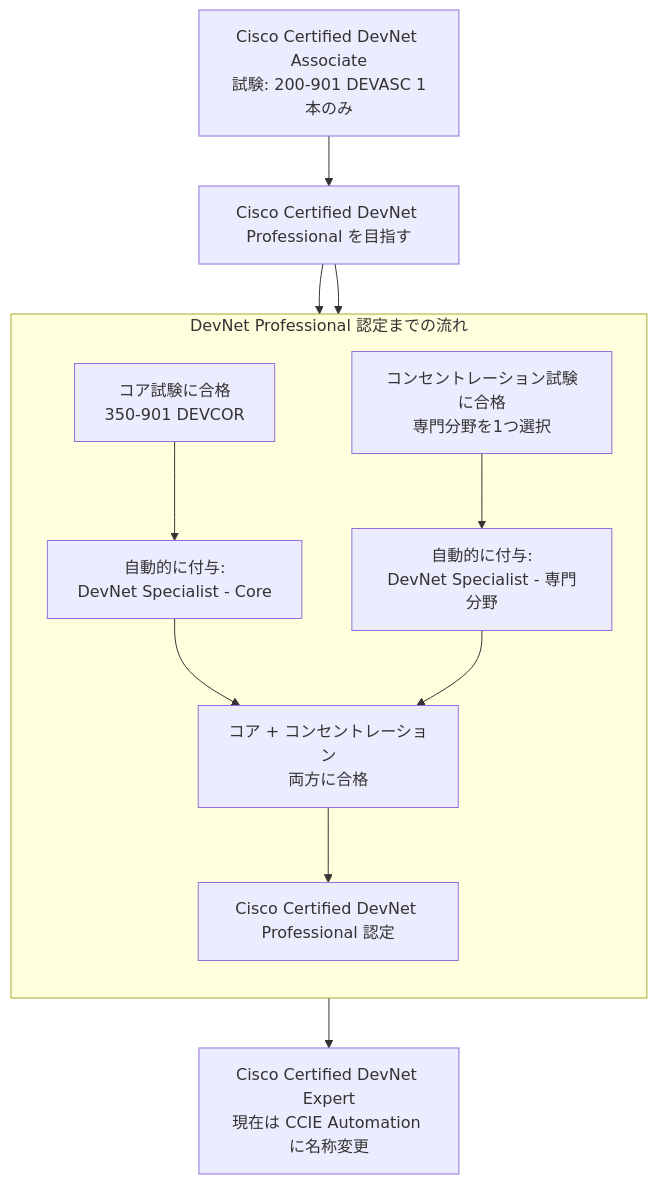
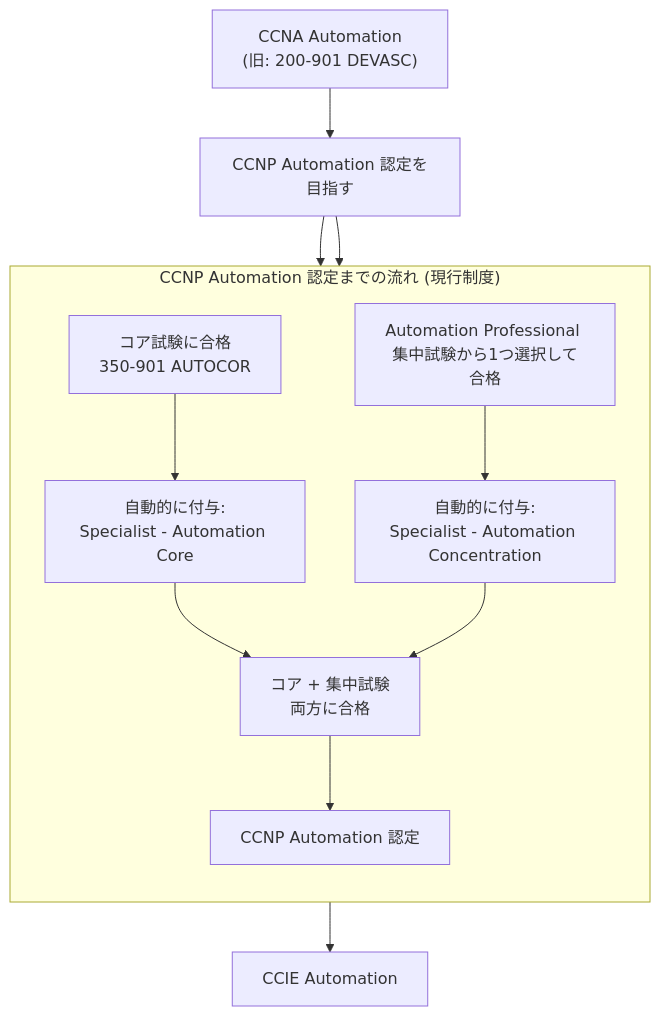
The first of 6 diagrams in Cisco-devnet-professional-guide.md (myoshi2891/Cloud-Infrastructure-Studies), drawn with Mermaid before and after one commit. The commit also changed other lines of this file, not shown here.

Commit message:
fix(docs): update heading level and CCNP Automation certification details in Cisco-devnet-professional-guide.md

````diff
--- a/Cisco-devnet-professional-guide.md
+++ b/Cisco-devnet-professional-guide.md
@@ -57,18 +56,17 @@
 ```mermaid
 flowchart TB
-    Associate["Cisco Certified DevNet Associate<br/>試験: 200-901 DEVASC 1本のみ"]
-    Associate --> ProfessionalGoal["Cisco Certified DevNet Professional を目指す"]
+    Associate["CCNA Automation<br/>(旧: 200-901 DEVASC)"] --> ProfessionalGoal["CCNP Automation 認定を目指す"]
 
-    subgraph ProfPath["DevNet Professional 認定までの流れ"]
+    subgraph ProfPath["CCNP Automation 認定までの流れ (現行制度)"]
         direction TB
-        CoreExam["コア試験に合格<br/>350-901 DEVCOR"] --> CoreSpecialist["自動的に付与:<br/>DevNet Specialist - Core"]
-        ConcExam["コンセントレーション試験に合格<br/>専門分野を1つ選択"] --> ConcSpecialist["自動的に付与:<br/>DevNet Specialist - 専門分野"]
-        CoreSpecialist --> BothDone["コア + コンセントレーション<br/>両方に合格"]
+        CoreExam["コア試験に合格<br/>350-901 AUTOCOR"] --> CoreSpecialist["自動的に付与:<br/>Specialist - Automation Core"]
+        ConcExam["Automation Professional 集中試験から1つ選択して合格"] --> ConcSpecialist["自動的に付与:<br/>Specialist - Automation Concentration"]
+        CoreSpecialist --> BothDone["コア + 集中試験<br/>両方に合格"]
         ConcSpecialist --> BothDone
-        BothDone --> ProfCert["Cisco Certified DevNet Professional 認定"]
+        BothDone --> ProfCert["CCNP Automation 認定"]
     end
 
     ProfessionalGoal --> CoreExam
     ProfessionalGoal --> ConcExam
-    ProfCert --> Expert["Cisco Certified DevNet Expert<br/>現在は CCIE Automation に名称変更"]
+    ProfCert --> Expert["CCIE Automation"]
 ```
````
